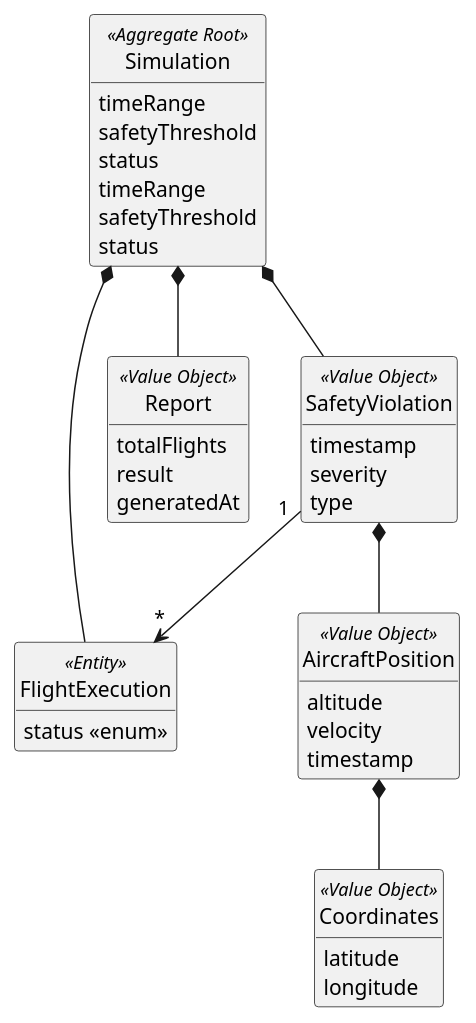
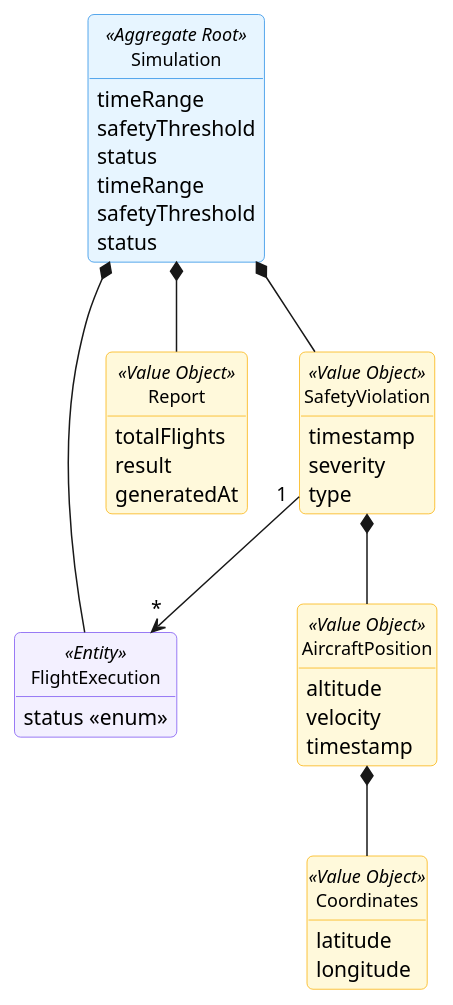
One commit to GustavoFerreira24/flight-management-platform changed the diagram in docs/global-artifacts/02.analysis/puml/Aggregates/SimulationAggregateDM.puml. Above: the diagram before and after it, drawn with PlantUML. The commit also changed 13 other files, not shown here.

Commit message:
US10(Code) - Refactor aggregate models to enhance visual representation and relationships in UML diagrams [#11][#12][#13][#14]

```diff
--- a/docs/global-artifacts/02.analysis/puml/Aggregates/SimulationAggregateDM.puml
+++ b/docs/global-artifacts/02.analysis/puml/Aggregates/SimulationAggregateDM.puml
@@ -1,61 +1,75 @@
 @startuml
-skinparam monochrome true
-skinparam packageStyle rectangle
-skinparam shadowing false
-skinparam classAttributeIconSize 0
+skinparam {
+    BackgroundColor white
+    RoundCorner 8
+    Shadowing false
+    Handwritten false
+    ClassAttributeIconSize 0
+    PackageStyle frame
+
+    PackageBackgroundColor #F8F9FA
+    PackageBorderColor #ADB5BD
+
+    ClassBackgroundColor white
+    ClassBorderColor #495057
+    ClassFontSize 12
+
+    ClassBackgroundColor<<Aggregate Root>> #E7F5FF
+    ClassBorderColor<<Aggregate Root>> #228BE6
+
+    ClassBackgroundColor<<Value Object>> #FFF9DB
+    ClassBorderColor<<Value Object>> #FAB005
+
+    ClassBackgroundColor<<Entity>> #F3F0FF
+    ClassBorderColor<<Entity>> #7950F2
+}
+
 hide circle
 hide methods
 
 class Simulation <<Aggregate Root>> {
     timeRange
     safetyThreshold
     status
 }
 
 class Simulation <<Aggregate Root>> {
         timeRange
         safetyThreshold
         status
     }
 
     class FlightExecution <<Entity>> {
         status <<enum>>
     }
 
     class Report <<Value Object>> {
         totalFlights
         result
         generatedAt
     }
 
     class SafetyViolation <<Value Object>> {
         timestamp
         severity
         type
     }
 
     class AircraftPosition <<Value Object>> {
         altitude
         velocity
         timestamp
     }
     class Coordinates <<Value Object>> {
         latitude
         longitude
     }
 
-' Mudança para Composição: Tudo isto faz parte do ciclo de vida da Simulação
 Simulation *-- Report
 Simulation *-- SafetyViolation
 Simulation *-- FlightExecution
-
-' Uma violação guarda as posições onde ocorreu (Composição)
 SafetyViolation *-- AircraftPosition
-
-' A posição é definida por coordenadas (Composição)
+SafetyViolation "1" --> "*" FlightExecution
 AircraftPosition *-- Coordinates
 
-' Associação Simples: A violação APENAS REFERENCIA quais execuções de voo estiveram envolvidas
-SafetyViolation "1" --> "*" FlightExecution
-
 @enduml
```
